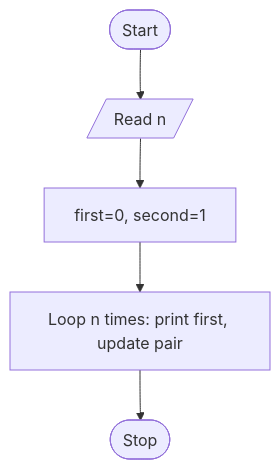
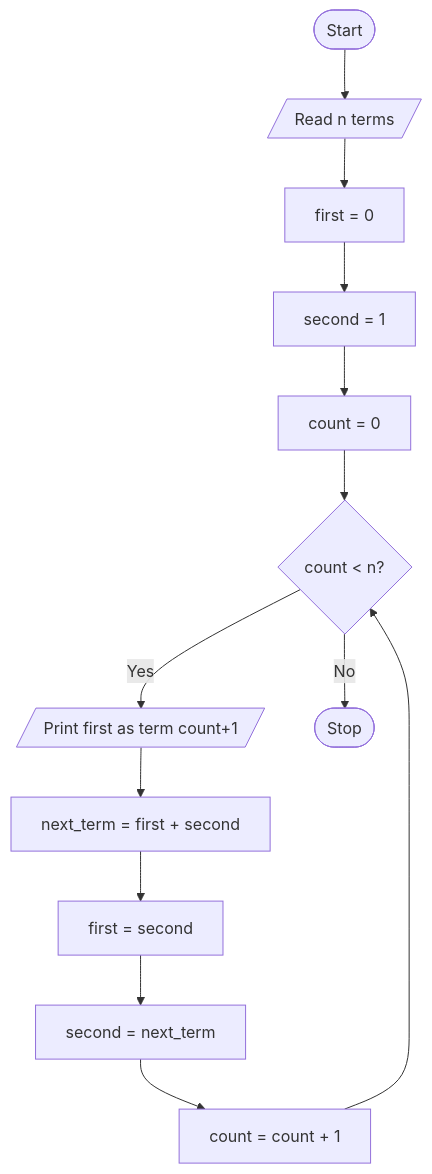
One commit to asvnphanindra/2026-27_PythonProgrammingCourse changed the diagram in .faculty/observations/u2b7fib.md. Above: the diagram before and after it, drawn with Mermaid. The commit also changed 20 other files, not shown here.

Commit message:
Expand Full-observation flowcharts with step-by-step Mermaid detail.

````diff
--- a/.faculty/observations/u2b7fib.md
+++ b/.faculty/observations/u2b7fib.md
@@ -47,12 +47,18 @@
 ```mermaid
 flowchart TD
-    N0(["Start"])
-    N1[/"Read n"/]
-    N2["first=0, second=1"]
-    N3["Loop n times: print first, update pair"]
-    N4(["Stop"])
-    N0 --> N1
-    N1 --> N2
-    N2 --> N3
-    N3 --> N4
+Start(["Start"])
+R1[/"Read n terms"/]
+P1["first = 0"]
+P2["second = 1"]
+P3["count = 0"]
+D1{"count < n?"}
+O1[/"Print first as term count+1"/]
+P4["next_term = first + second"]
+P5["first = second"]
+P6["second = next_term"]
+P7["count = count + 1"]
+Stop(["Stop"])
+Start --> R1 --> P1 --> P2 --> P3 --> D1
+D1 -->|Yes| O1 --> P4 --> P5 --> P6 --> P7 --> D1
+D1 -->|No| Stop
 ```
````
